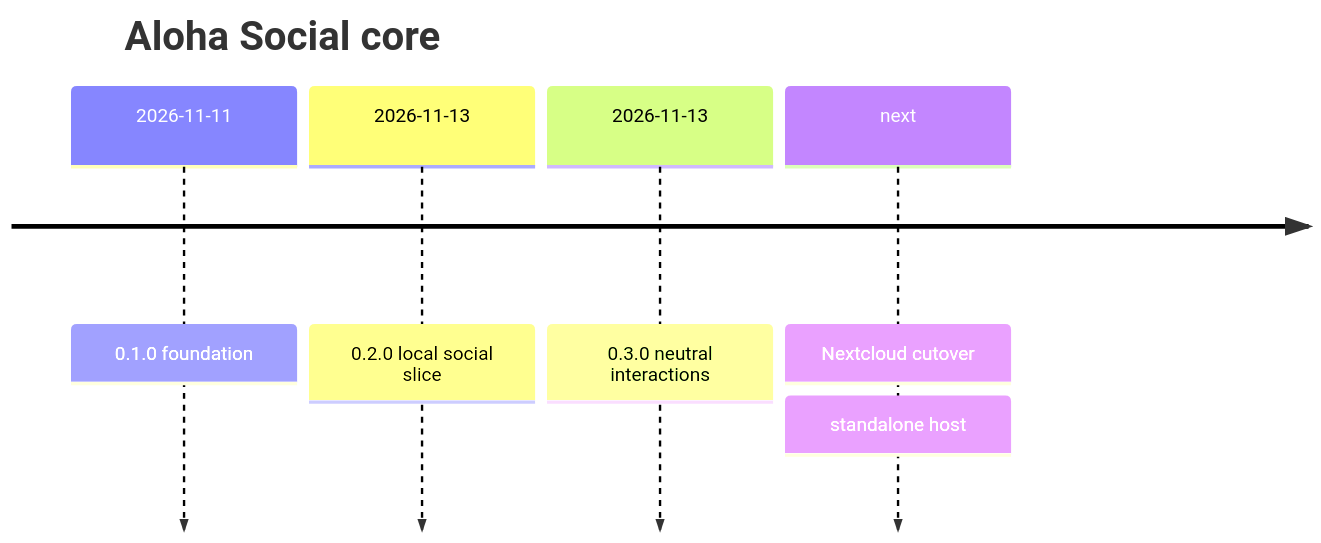
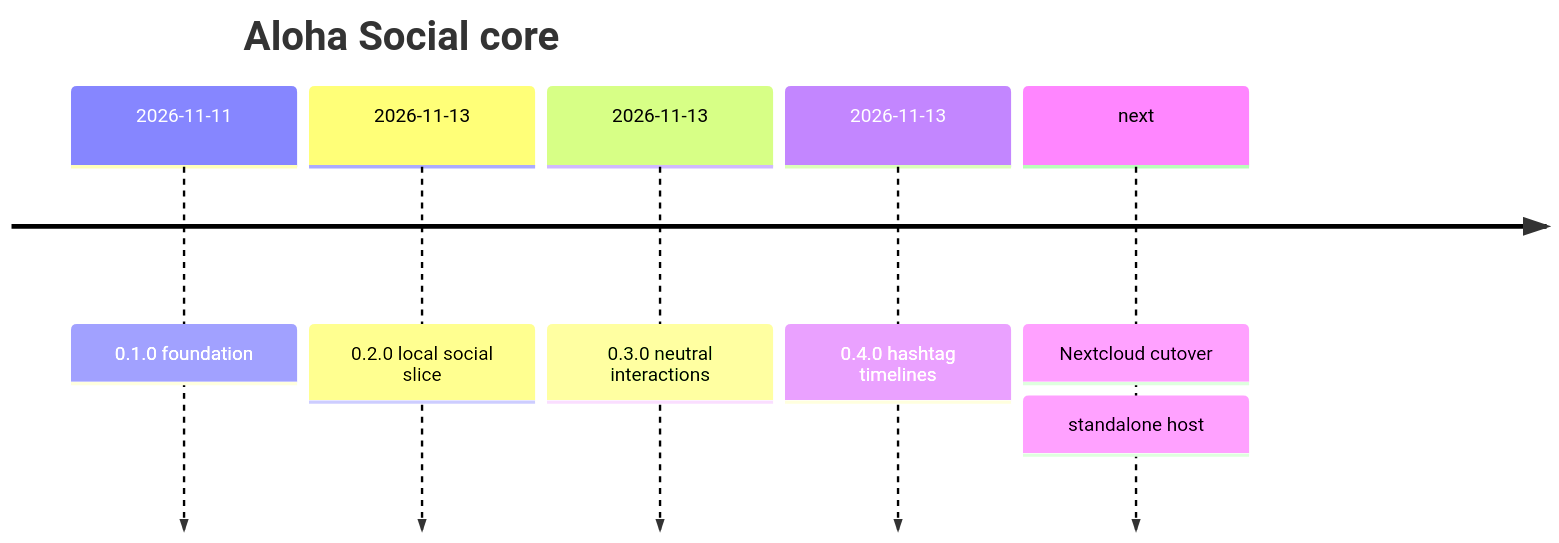
Before and after one commit to SchBenedikt/core: the second of 2 diagrams in README.md, drawn with Mermaid. The commit also changed 4 other files, not shown here.

````diff
--- a/README.md
+++ b/README.md
@@ -156,9 +156,10 @@
 ```mermaid
 timeline
     title Aloha Social core
     2026-11-11 : 0.1.0 foundation
     2026-11-13 : 0.2.0 local social slice
     2026-11-13 : 0.3.0 neutral interactions
+    2026-11-13 : 0.4.0 hashtag timelines
     next : Nextcloud cutover
          : standalone host
 ```
````
